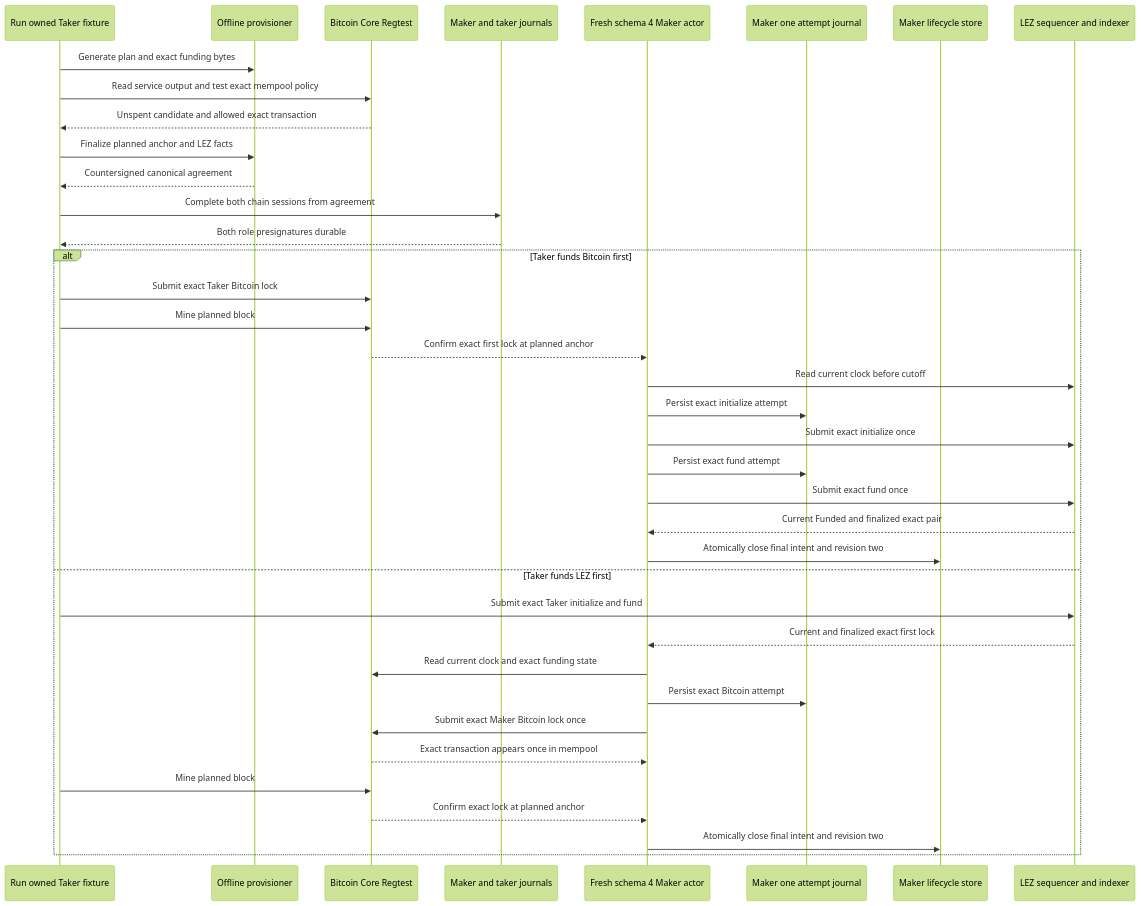
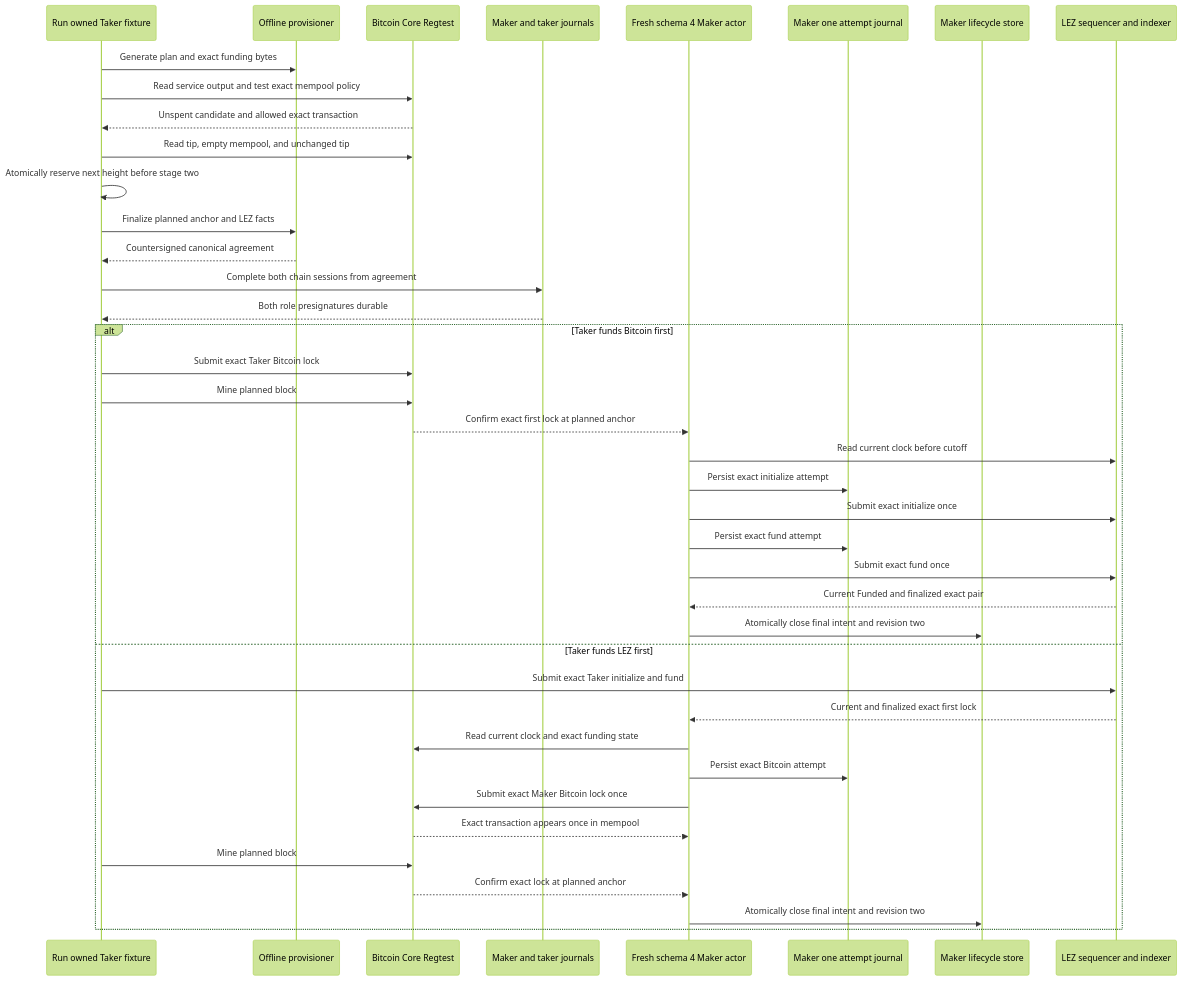
The second of 2 diagrams in docs/architecture/0037-finalize-exact-bitcoin-funding-before-first-effect.md (gateway-fm/lez-atomic-swaps), drawn with Mermaid (forest theme) before and after one commit. The commit also changed other lines of this file and 8 other files, not shown here.

Commit message:
fix: reserve M3 funding anchors at stage two

````diff
--- a/docs/architecture/0037-finalize-exact-bitcoin-funding-before-first-effect.md
+++ b/docs/architecture/0037-finalize-exact-bitcoin-funding-before-first-effect.md
@@ -108,41 +118,43 @@
 ```mermaid
 sequenceDiagram
     participant Fixture as Run owned Taker fixture
     participant Provisioner as Offline provisioner
     participant Core as Bitcoin Core Regtest
     participant Signers as Maker and taker journals
     participant Maker as Fresh schema 4 Maker actor
     participant Journal as Maker one attempt journal
     participant Store as Maker lifecycle store
     participant Lez as LEZ sequencer and indexer
 
     Fixture->>Provisioner: Generate plan and exact funding bytes
     Fixture->>Core: Read service output and test exact mempool policy
     Core-->>Fixture: Unspent candidate and allowed exact transaction
+    Fixture->>Core: Read tip, empty mempool, and unchanged tip
+    Fixture->>Fixture: Atomically reserve next height before stage two
     Fixture->>Provisioner: Finalize planned anchor and LEZ facts
     Provisioner-->>Fixture: Countersigned canonical agreement
     Fixture->>Signers: Complete both chain sessions from agreement
     Signers-->>Fixture: Both role presignatures durable
     alt Taker funds Bitcoin first
         Fixture->>Core: Submit exact Taker Bitcoin lock
         Fixture->>Core: Mine planned block
         Core-->>Maker: Confirm exact first lock at planned anchor
         Maker->>Lez: Read current clock before cutoff
         Maker->>Journal: Persist exact initialize attempt
         Maker->>Lez: Submit exact initialize once
         Maker->>Journal: Persist exact fund attempt
         Maker->>Lez: Submit exact fund once
         Lez-->>Maker: Current Funded and finalized exact pair
         Maker->>Store: Atomically close final intent and revision two
     else Taker funds LEZ first
         Fixture->>Lez: Submit exact Taker initialize and fund
         Lez-->>Maker: Current and finalized exact first lock
         Maker->>Core: Read current clock and exact funding state
         Maker->>Journal: Persist exact Bitcoin attempt
         Maker->>Core: Submit exact Maker Bitcoin lock once
         Core-->>Maker: Exact transaction appears once in mempool
         Fixture->>Core: Mine planned block
         Core-->>Maker: Confirm exact lock at planned anchor
         Maker->>Store: Atomically close final intent and revision two
     end
 ```
````
